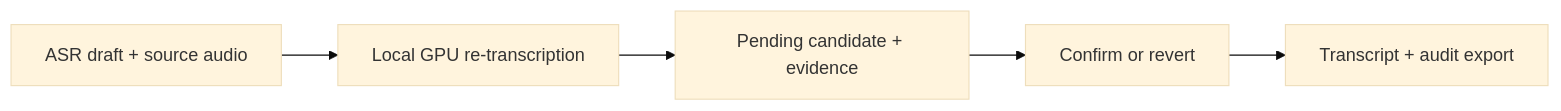
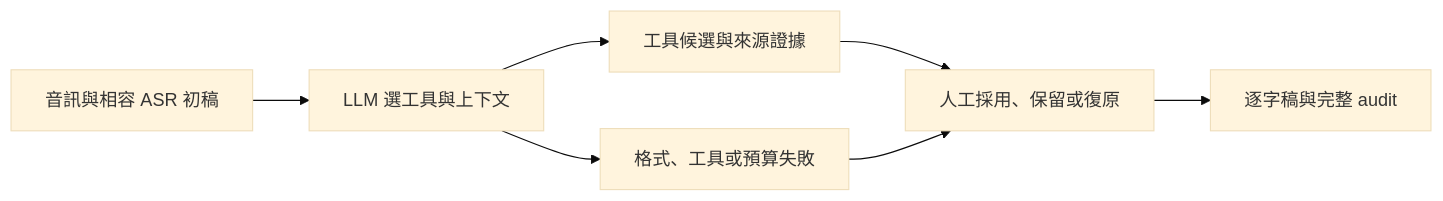
Before and after one commit to momonong/transcript-review-agent: the diagram in README.md, drawn with Mermaid (base theme). The commit also changed other lines of this file and 25 other files, not shown here.

````diff
--- a/README.md
+++ b/README.md
@@ -23,7 +46,9 @@
 ```mermaid
 flowchart LR
-    A[ASR draft + source audio] --> B[Local GPU re-transcription]
-    B --> C[Pending candidate + evidence]
-    C --> D[Confirm or revert]
-    D --> E[Transcript + audit export]
+    A[音訊與相容 ASR 初稿] --> B[LLM 選工具與上下文]
+    B --> C[工具候選與來源證據]
+    C --> D[人工採用、保留或復原]
+    B --> F[格式、工具或預算失敗]
+    F --> D
+    D --> E[逐字稿與完整 audit]
 ```
````
